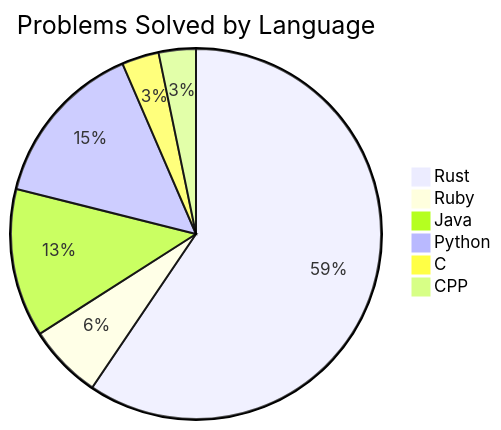
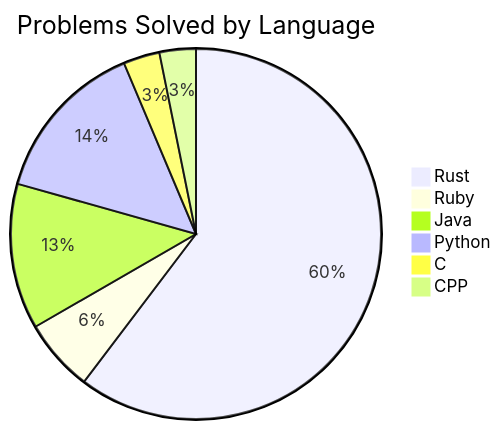
The diagram in README.md (Liam-Wirth/leetcode-solutions), drawn with Mermaid before and after one commit. The commit also changed other lines of this file and 6 other files, not shown here.

````diff
--- a/README.md
+++ b/README.md
@@ -29,9 +29,9 @@
 ```mermaid
 pie title Problems Solved by Language
-    "Rust": 110
+    "Rust": 114
     "Ruby": 12
     "Java": 24
     "Python": 27
     "C": 6
     "CPP": 6
 ```
````
